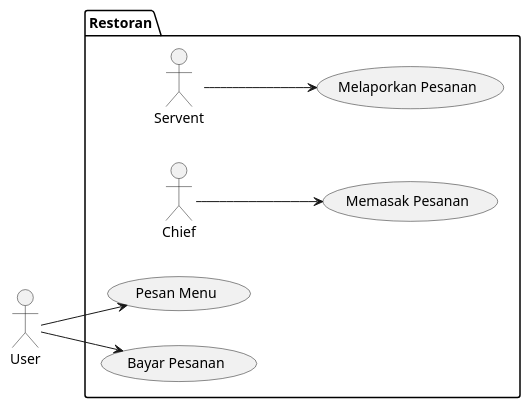
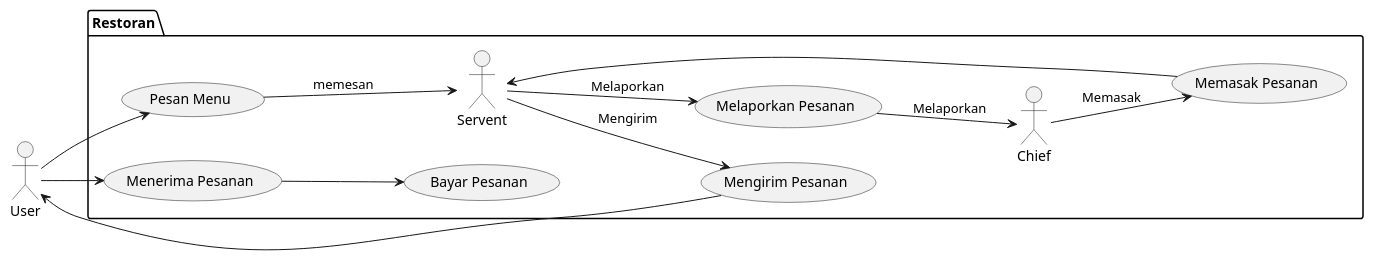
Before and after one commit to h0murasak1/PERKULIAHAN: the diagram in SM3/DAA/pert2/pert2.puml, drawn with PlantUML. The commit also changed 7 other files, not shown here.

```diff
--- a/SM3/DAA/pert2/pert2.puml
+++ b/SM3/DAA/pert2/pert2.puml
@@ -1,22 +1,30 @@
 @startuml pert2
 left to right direction
 
 actor User as user
 package Restoran {
     actor Servent as serv
     actor Chief as chief
 }
 
 package Restoran {
     usecase "Pesan Menu" as U1
     usecase "Bayar Pesanan" as U2
     usecase "Melaporkan Pesanan" as U3
     usecase "Memasak Pesanan" as U4
+    usecase "Mengirim Pesanan" as U5
+    usecase "Menerima Pesanan" as U6
 }
 
 user --> U1
-user --> U2
-serv --> U3
-chief --> U4
+U1 --> serv : memesan
+serv --> U3 : Melaporkan
+U3 --> chief : Melaporkan
+chief --> U4 : Memasak
+U4 --> serv
+serv --> U5 : Mengirim
+U5 --> user
+user --> U6
+U6 --> U2
 
 @enduml
```
